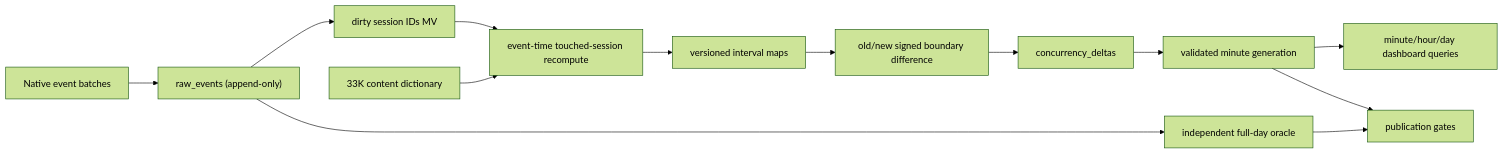
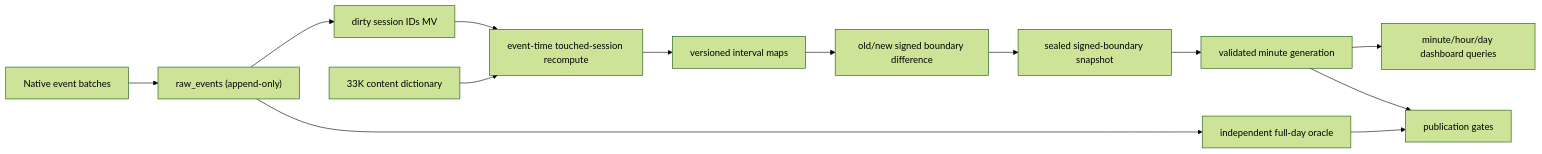
Before and after one commit to ishantd/sonyliv-clickathon-2026: the diagram in solution/README.md, drawn with Mermaid (forest theme). The commit also changed other lines of this file and 28 other files, not shown here.

````diff
--- a/solution/README.md
+++ b/solution/README.md
@@ -38,15 +56,15 @@
 ```mermaid
 flowchart LR
     A["Native event batches"] --> B["raw_events (append-only)"]
     B --> C["dirty session IDs MV"]
     C --> D["event-time touched-session recompute"]
     E["33K content dictionary"] --> D
     D --> F["versioned interval maps"]
     F --> G["old/new signed boundary difference"]
-    G --> H["concurrency_deltas"]
+    G --> H["sealed signed-boundary snapshot"]
     H --> I["validated minute generation"]
     I --> J["minute/hour/day dashboard queries"]
     B --> K["independent full-day oracle"]
     K --> L["publication gates"]
     I --> L
 ```
````
